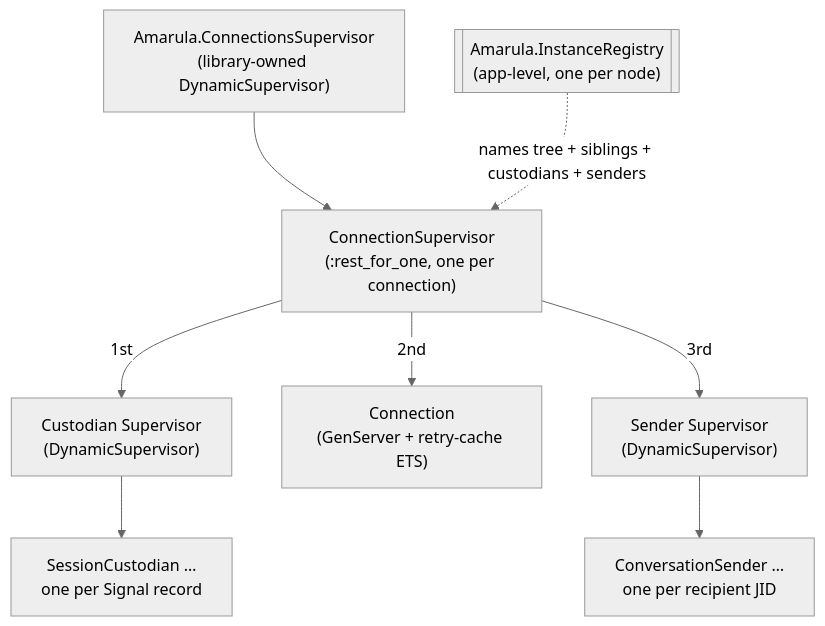
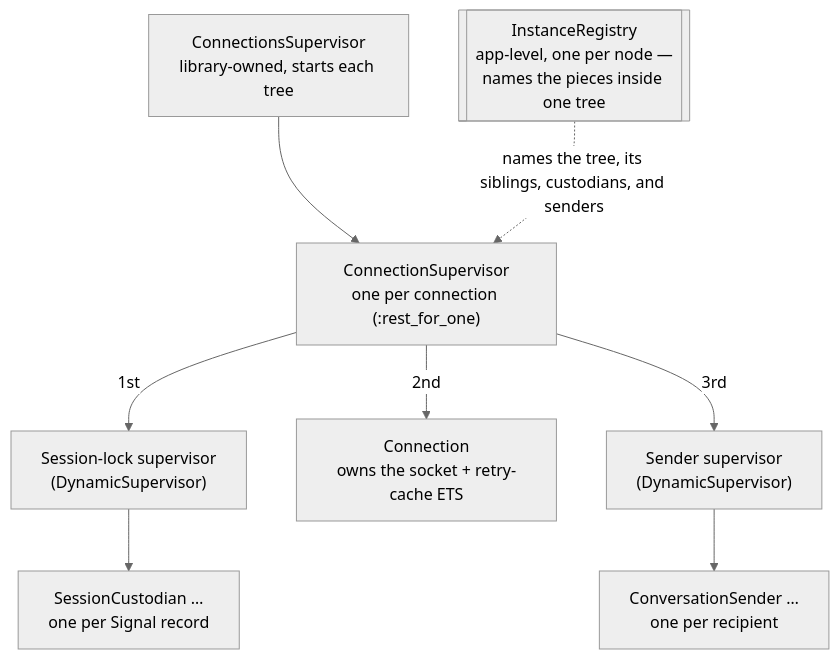
Before and after one commit to tubedude/amarula: the diagram in docs/INFRASTRUCTURE.md, drawn with Mermaid (neutral theme). The commit also changed other lines of this file and 8 other files, not shown here.

````diff
--- a/docs/INFRASTRUCTURE.md
+++ b/docs/INFRASTRUCTURE.md
@@ -13,17 +32,17 @@
 ```mermaid
 graph TD
-    IR[["Amarula.InstanceRegistry<br/>(app-level, one per node)"]]
-    ConnsSup["Amarula.ConnectionsSupervisor<br/>(library-owned DynamicSupervisor)"]
-    TreeSup["ConnectionSupervisor<br/>(:rest_for_one, one per connection)"]
-    CustSup["Custodian Supervisor<br/>(DynamicSupervisor)"]
+    IR[["InstanceRegistry<br/>app-level, one per node —<br/>names the pieces inside one tree"]]
+    ConnsSup["ConnectionsSupervisor<br/>library-owned, starts each tree"]
+    TreeSup["ConnectionSupervisor<br/>one per connection (:rest_for_one)"]
+    CustSup["Session-lock supervisor<br/>(DynamicSupervisor)"]
     Cust["SessionCustodian …<br/>one per Signal record"]
-    Conn["Connection<br/>(GenServer + retry-cache ETS)"]
-    SendSup["Sender Supervisor<br/>(DynamicSupervisor)"]
-    Sender["ConversationSender …<br/>one per recipient JID"]
+    Conn["Connection<br/>owns the socket + retry-cache ETS"]
+    SendSup["Sender supervisor<br/>(DynamicSupervisor)"]
+    Sender["ConversationSender …<br/>one per recipient"]
 
     ConnsSup --> TreeSup
     TreeSup -->|1st| CustSup --> Cust
     TreeSup -->|2nd| Conn
     TreeSup -->|3rd| SendSup --> Sender
-    IR -.->|names tree + siblings + custodians + senders| TreeSup
+    IR -.->|names the tree, its siblings, custodians, and senders| TreeSup
 ```
````
